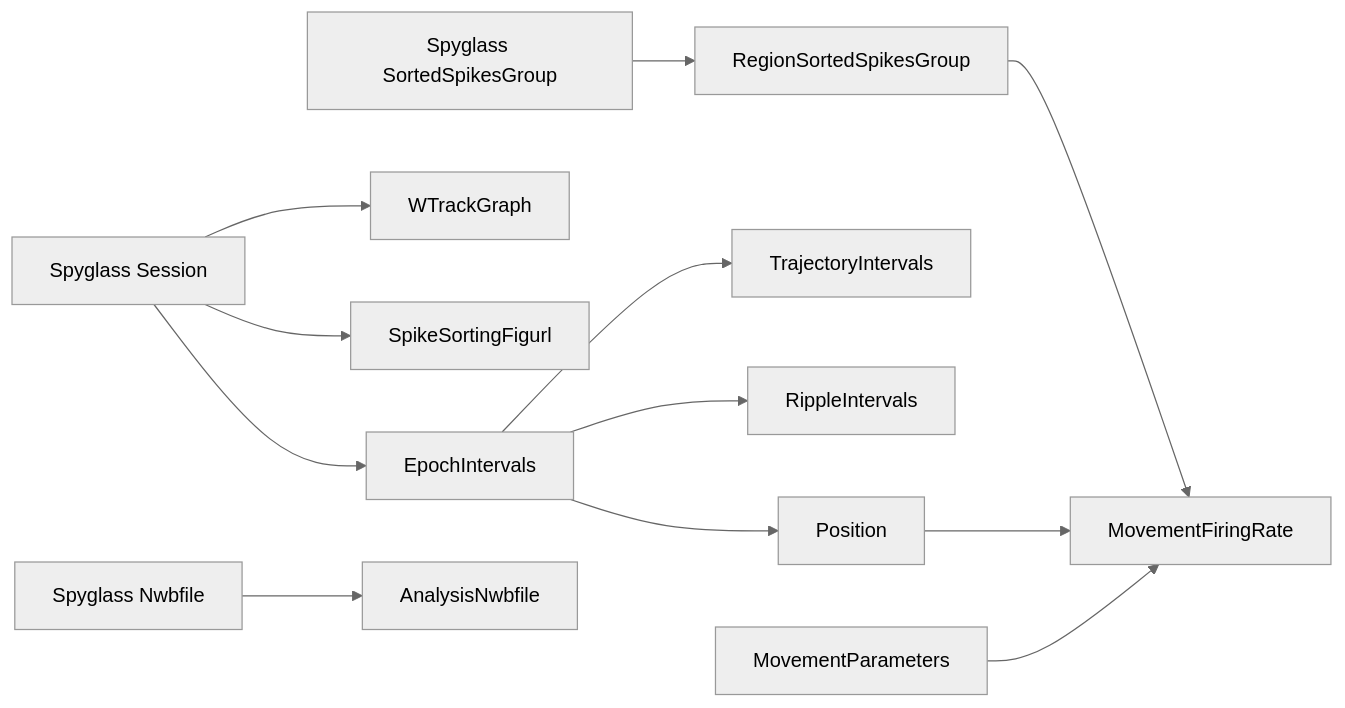
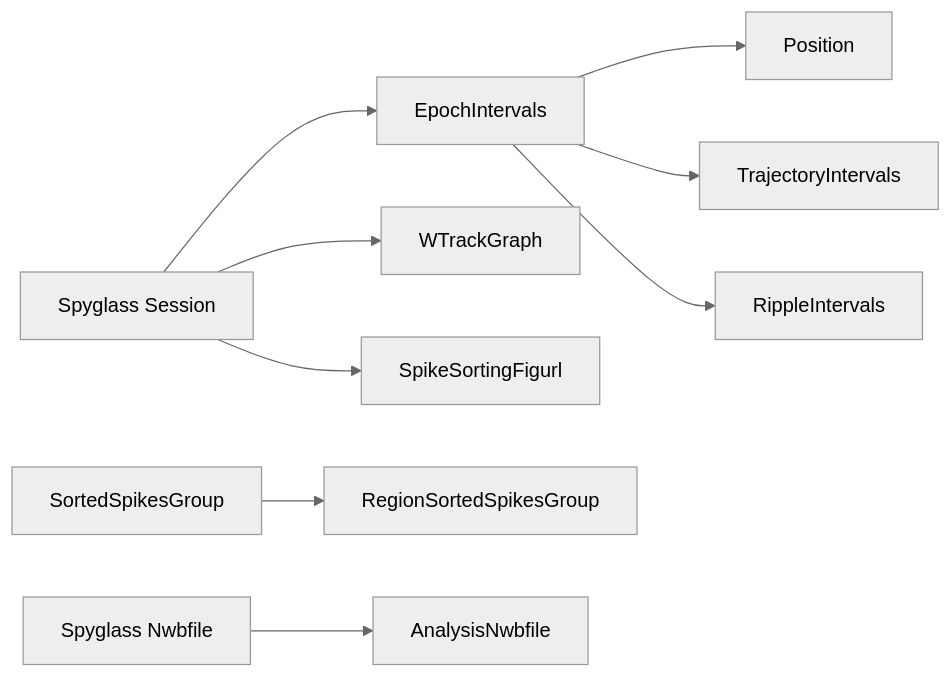
Before and after one commit to khl02007/v1ca1: the first of 3 diagrams in src/v1ca1/spyglass/README.md, drawn with Mermaid (neutral theme). The commit also changed other lines of this file and 37 other files, not shown here.

Commit message:
Store Spyglass results in analysis NWB files

````diff
--- a/src/v1ca1/spyglass/README.md
+++ b/src/v1ca1/spyglass/README.md
@@ -314,14 +40,11 @@
 ```mermaid
 flowchart LR
-    Session["Spyglass Session"] --> EpochIntervals
+    Session[Spyglass Session] --> EpochIntervals
     Session --> WTrackGraph
     Session --> SpikeSortingFigurl
     EpochIntervals --> Position
     EpochIntervals --> TrajectoryIntervals
     EpochIntervals --> RippleIntervals
-    SortedSpikesGroup["Spyglass SortedSpikesGroup"] --> RegionSortedSpikesGroup
-    RegionSortedSpikesGroup --> MovementFiringRate
-    Position --> MovementFiringRate
-    MovementParameters --> MovementFiringRate
-    Nwbfile["Spyglass Nwbfile"] --> AnalysisNwbfile
+    SortedSpikesGroup --> RegionSortedSpikesGroup
+    Nwbfile[Spyglass Nwbfile] --> AnalysisNwbfile
 ```
````
